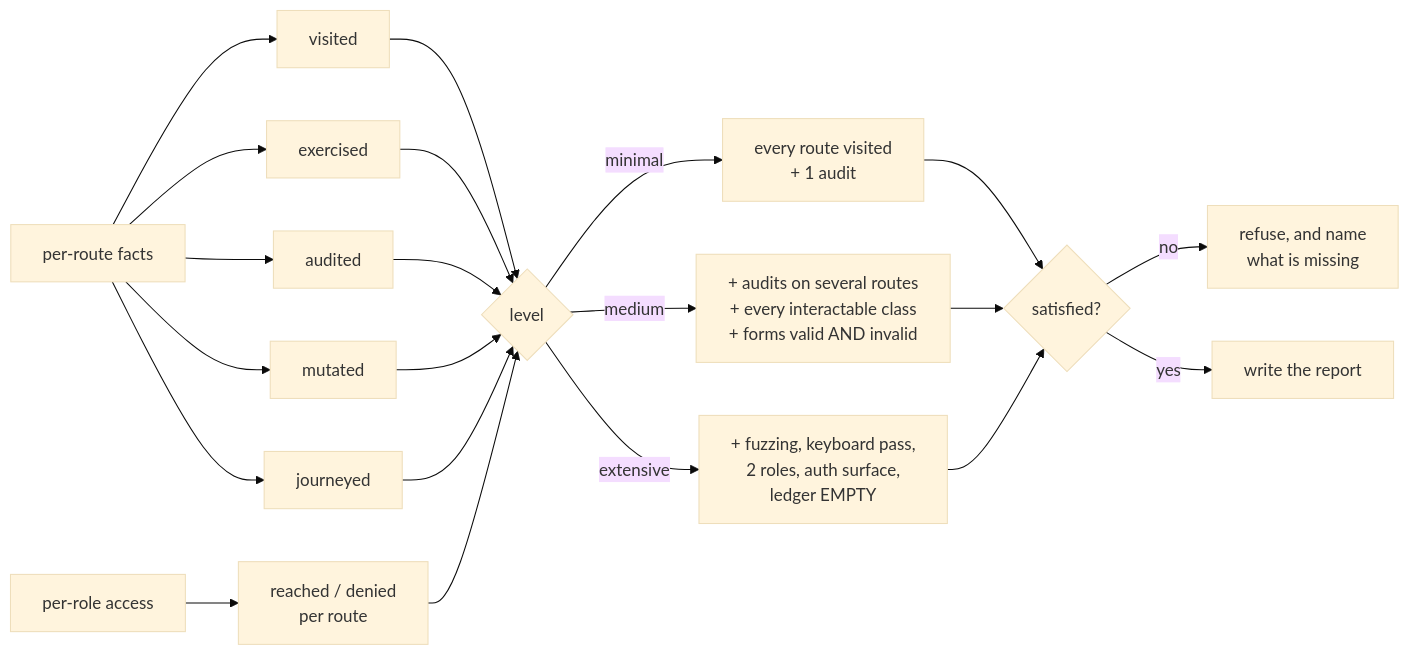
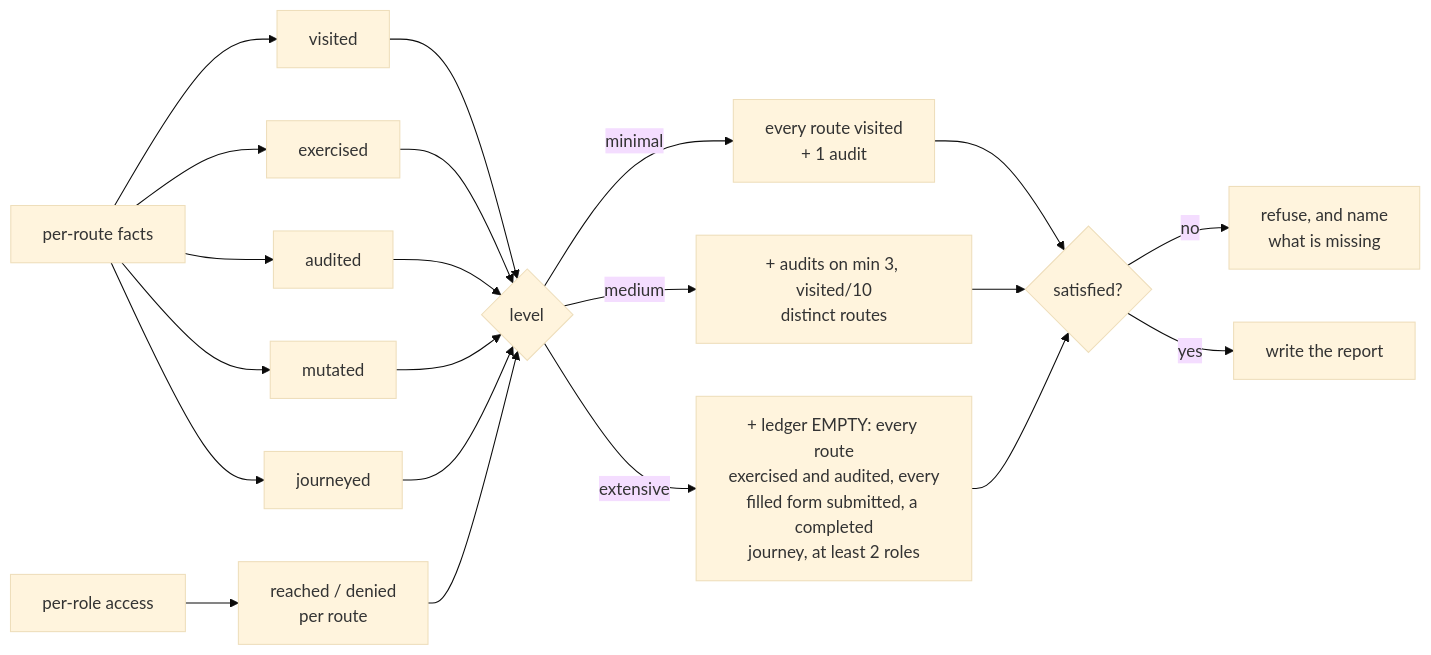
One commit to brunoboto96/SceneScout changed the ninth of 9 diagrams in docs/how-it-works.md. Above: the diagram before and after it, drawn with Mermaid (base theme). The commit also changed other lines of this file and 3 other files, not shown here.

````diff
--- a/docs/how-it-works.md
+++ b/docs/how-it-works.md
@@ -364,16 +369,16 @@
 ```mermaid
 flowchart LR
     A[per-route facts] --> B[visited]
     A --> C[exercised]
     A --> D[audited]
     A --> E[mutated]
     A --> F[journeyed]
     G[per-role access] --> H[reached / denied<br/>per route]
     B & C & D & E & F & H --> I{level}
     I -->|minimal| J[every route visited<br/>+ 1 audit]
-    I -->|medium| K[+ audits on several routes<br/>+ every interactable class<br/>+ forms valid AND invalid]
-    I -->|extensive| L[+ fuzzing, keyboard pass,<br/>2 roles, auth surface,<br/>ledger EMPTY]
+    I -->|medium| K[+ audits on min 3, visited/10<br/>distinct routes]
+    I -->|extensive| L[+ ledger EMPTY: every route<br/>exercised and audited, every<br/>filled form submitted, a completed<br/>journey, at least 2 roles]
     J & K & L --> M{satisfied?}
     M -->|no| N[refuse, and name<br/>what is missing]
     M -->|yes| O[write the report]
 ```
````
